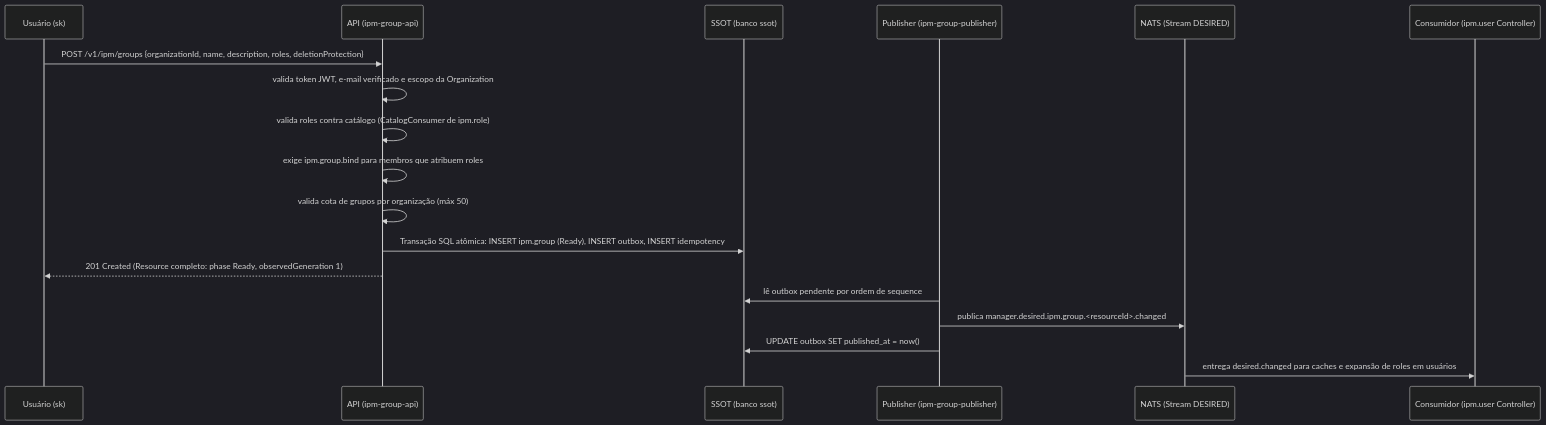
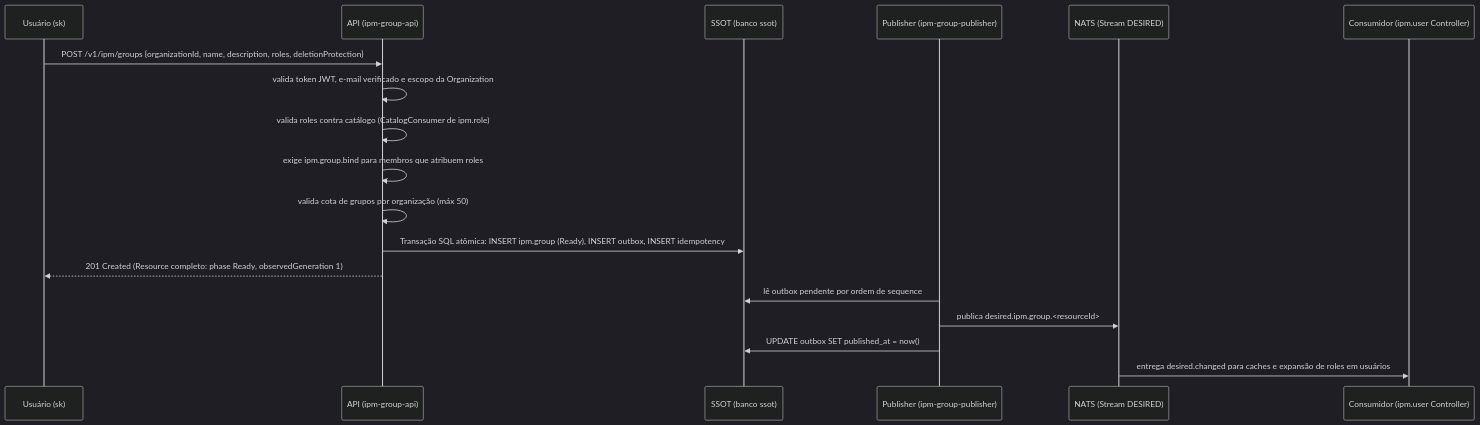
The diagram in features/ipm/group/docs/flow/01-criar-group.mmd (danielsabatini/smarkee), drawn with Mermaid (dark theme) before and after one commit. The commit also changed 81 other files, not shown here.

Commit message:
docs: alinhar documentações e diagramas aos subjects de 4 tokens do NATS

```diff
--- a/features/ipm/group/docs/flow/01-criar-group.mmd
+++ b/features/ipm/group/docs/flow/01-criar-group.mmd
@@ -1,19 +1,19 @@
 sequenceDiagram
   participant U as Usuário (sk)
   participant API as API (ipm-group-api)
   participant DB as SSOT (banco ssot)
   participant P as Publisher (ipm-group-publisher)
   participant NATS as NATS (Stream DESIRED)
   participant CONS as Consumidor (ipm.user Controller)
 
   U->>API: POST /v1/ipm/groups {organizationId, name, description, roles, deletionProtection}
   API->>API: valida token JWT, e-mail verificado e escopo da Organization
   API->>API: valida roles contra catálogo (CatalogConsumer de ipm.role)
   API->>API: exige ipm.group.bind para membros que atribuem roles
   API->>API: valida cota de grupos por organização (máx 50)
   API->>DB: Transação SQL atômica: INSERT ipm.group (Ready), INSERT outbox, INSERT idempotency
   API-->>U: 201 Created (Resource completo: phase Ready, observedGeneration 1)
   P->>DB: lê outbox pendente por ordem de sequence
-  P->>NATS: publica manager.desired.ipm.group.<resourceId>.changed
+  P->>NATS: publica desired.ipm.group.<resourceId>
   P->>DB: UPDATE outbox SET published_at = now()
   NATS->>CONS: entrega desired.changed para caches e expansão de roles em usuários
```
